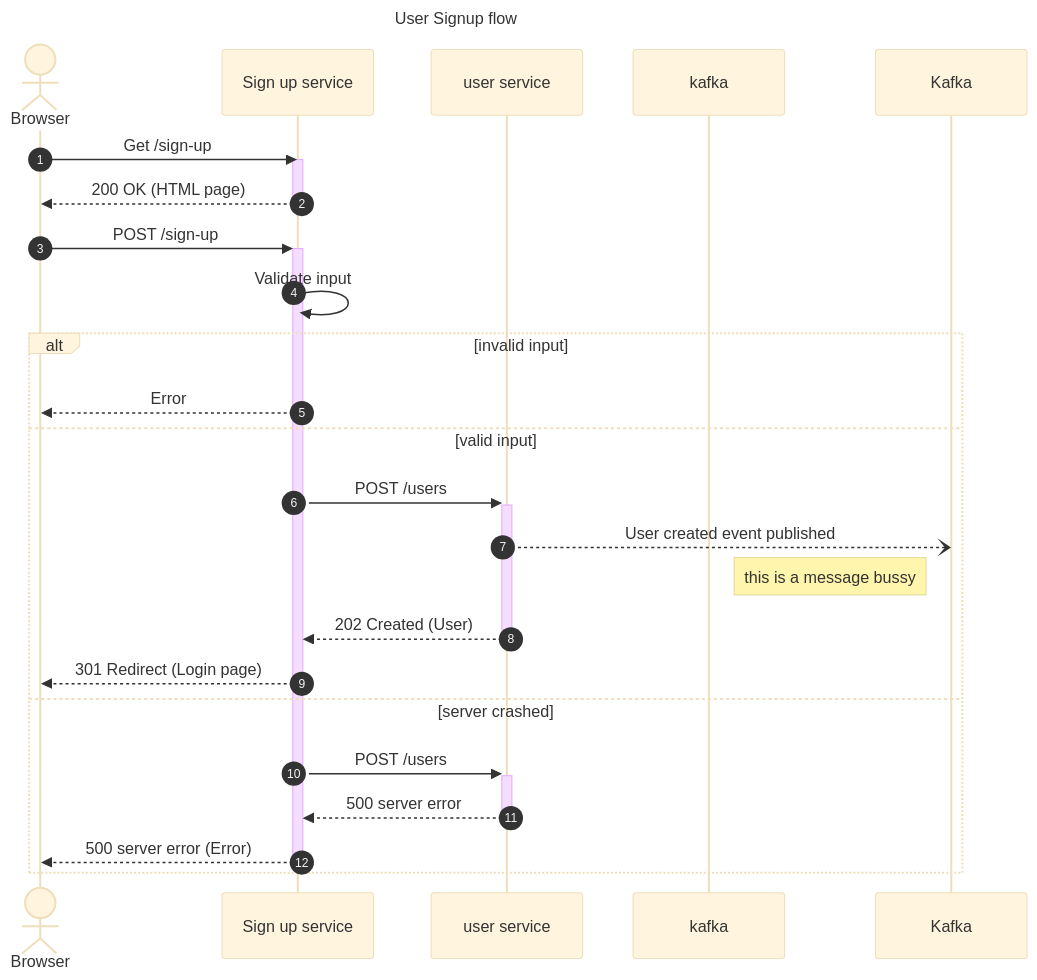
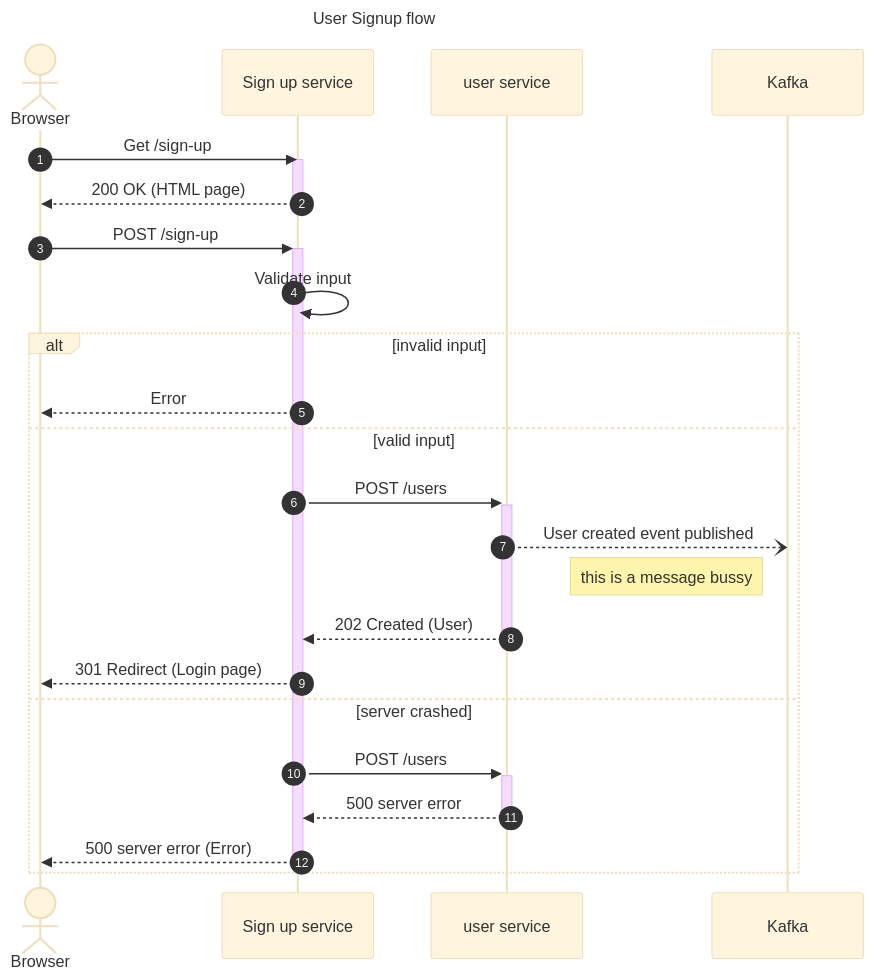
One commit to rianfowler/modern-diagramming-techniques-notes changed the diagram in sequence-diagrams.md. Above: the diagram before and after it, drawn with Mermaid (base theme).

````diff
--- a/sequence-diagrams.md
+++ b/sequence-diagrams.md
@@ -3,31 +3,32 @@
 ```mermaid
 sequenceDiagram
   autonumber
   title User Signup flow
   actor B as Browser
   participant SUS as Sign up service
   participant US as user service
-  participant kafka
+  participant Kafka
   
   B->>SUS: Get /sign-up
   activate SUS
   SUS-->>B: 200 OK (HTML page)
   deactivate SUS
   
   B->>+SUS: POST /sign-up
   SUS->>SUS: Validate input 
   
   alt invalid input 
     SUS-->>B: Error
   else valid input 
     SUS->>+US: POST /users
     US--)Kafka: User created event published 
     Note left of Kafka: this is a message bussy 
     US-->>-SUS: 202 Created (User)
     SUS-->>B: 301 Redirect (Login page)
   else server crashed 
       SUS->>+US: POST /users
       US-->>-SUS: 500 server error 
       SUS-->>-B: 500 server error (Error)
   end
+  link US: {"Repo": "https://www.example.com/repository"}
 ```
````
